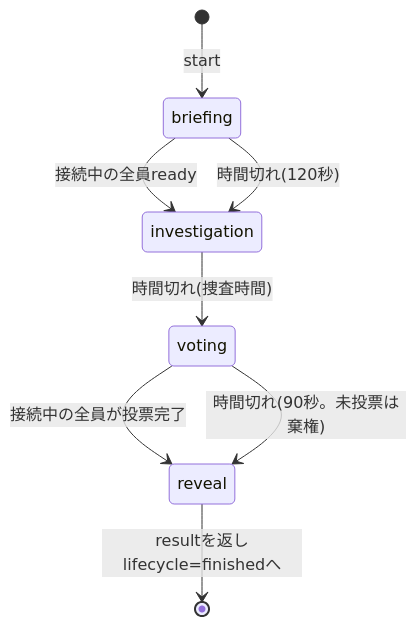
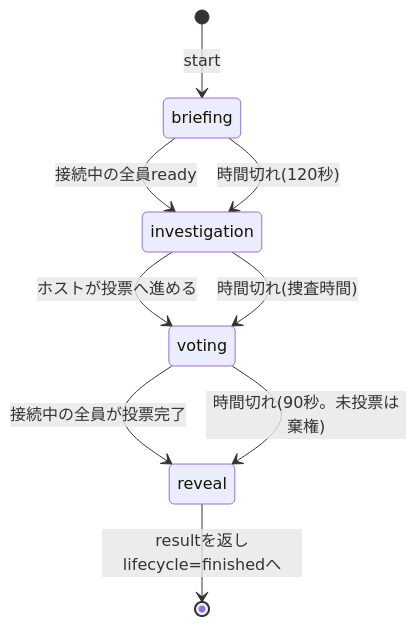
One commit to war-lab/BEB-Party changed the third of 3 diagrams in docs/設計.md. Above: the diagram before and after it, drawn with Mermaid. The commit also changed 14 other files, not shown here.

````diff
--- a/docs/設計.md
+++ b/docs/設計.md
@@ -287,10 +287,11 @@
 ```mermaid
 stateDiagram-v2
     [*] --> briefing: start
     briefing --> investigation: 接続中の全員ready
     briefing --> investigation: 時間切れ(120秒)
+    investigation --> voting: ホストが投票へ進める
     investigation --> voting: 時間切れ(捜査時間)
     voting --> reveal: 接続中の全員が投票完了
     voting --> reveal: 時間切れ(90秒。未投票は棄権)
     reveal --> [*]: resultを返しlifecycle=finishedへ
 ```
````
